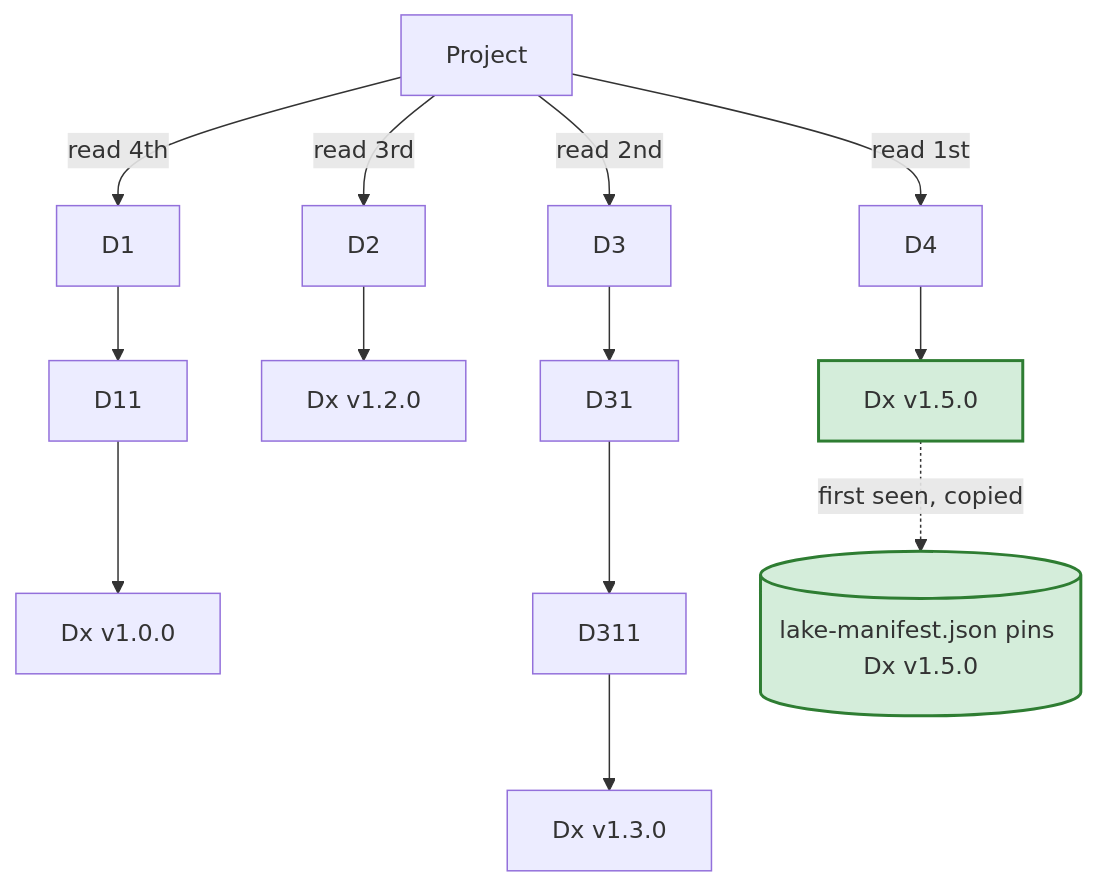
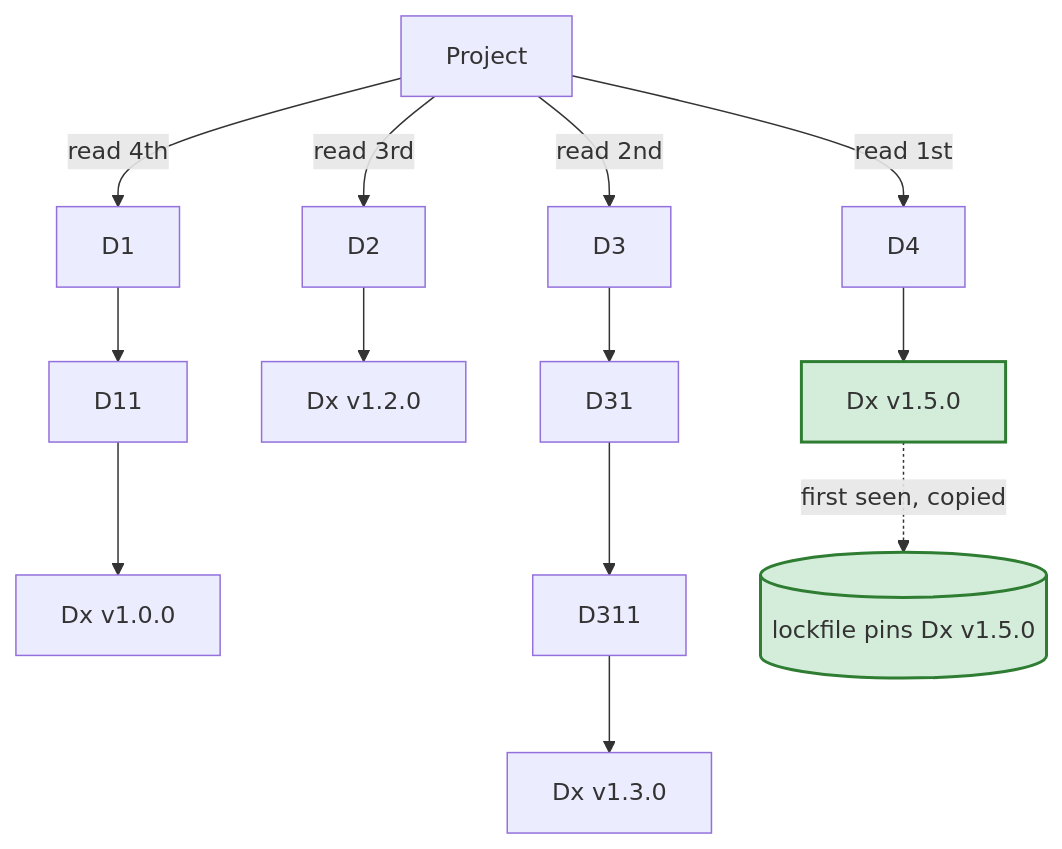
The diagram in lean-reservoir.md (chains-project/chains-project.github.io), drawn with Mermaid before and after one commit. The commit also changed other lines of this file, not shown here.

```diff
--- a/lean-reservoir.md
+++ b/lean-reservoir.md
@@ -165,15 +165,15 @@
 <pre class="mermaid">
 flowchart TD
   R[Project]
   R -->|"read 4th"| D1
   R -->|"read 3rd"| D2
   R -->|"read 2nd"| D3
   R -->|"read 1st"| D4
   D1 --> D11 --> Dx1["Dx v1.0.0"]
   D2 --> Dx2["Dx v1.2.0"]
   D3 --> D31 --> D311 --> Dx3["Dx v1.3.0"]
   D4 --> Dx4["Dx v1.5.0"]
-  Dx4 -.->|"first seen, copied"| M[("lake-manifest.json pins Dx v1.5.0")]
+  Dx4 -.->|"first seen, copied"| M[("lockfile pins Dx v1.5.0")]
   classDef win fill:#d4edda,stroke:#2e7d32,stroke-width:2px
   class Dx4,M win
 </pre>
```
